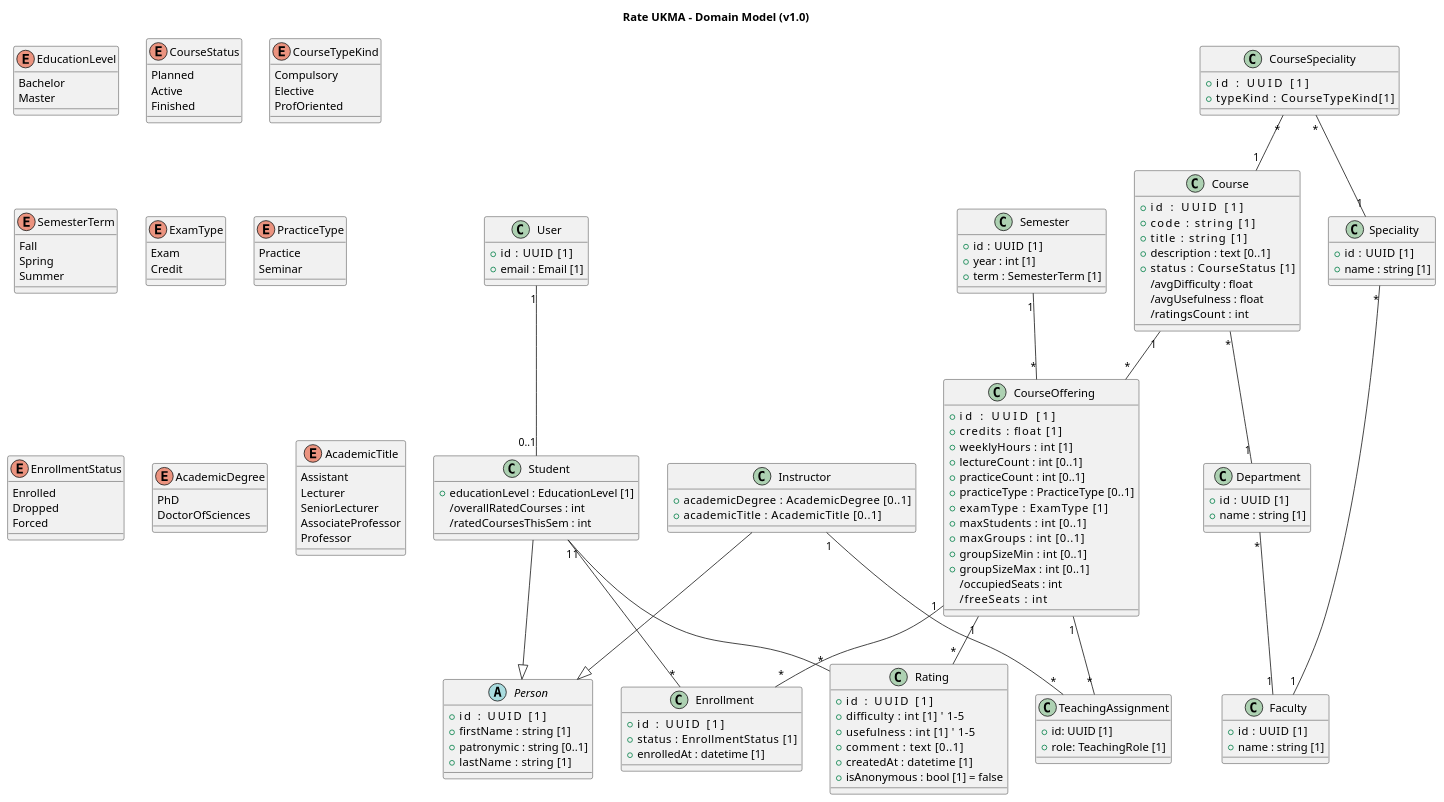
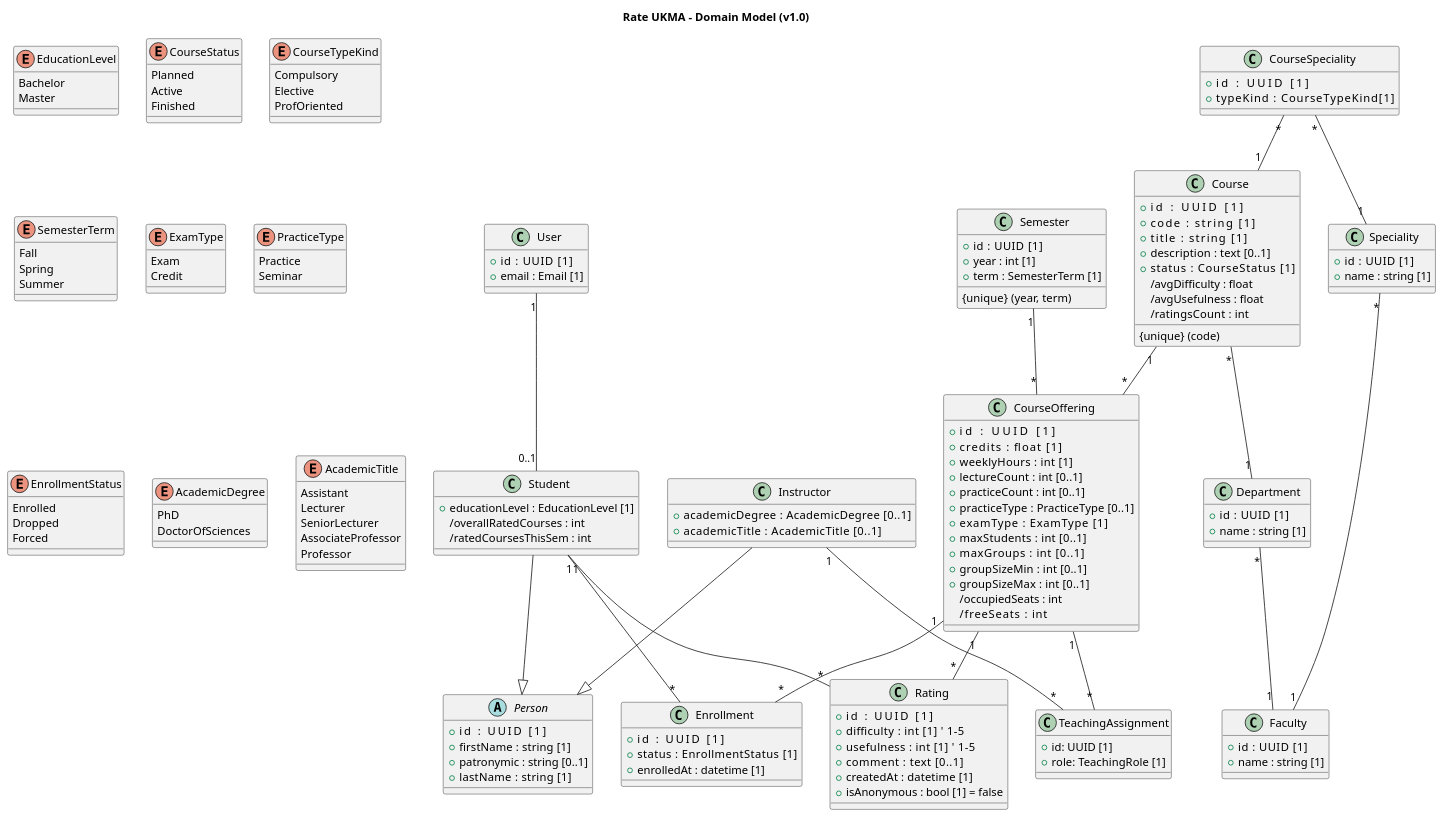
Before and after one commit to ukma-cs-ssdm-2025/rate-ukma: the diagram in docs/architecture/uml/domain-model.puml, drawn with PlantUML.

Commit message:
docs(#86): add constraints

```diff
--- a/docs/architecture/uml/domain-model.puml
+++ b/docs/architecture/uml/domain-model.puml
@@ -1,169 +1,171 @@
 @startuml core-domain-model
 title Rate UKMA – Domain Model (v1.0)
 
 class User {
   +id    : UUID [1]
   +email : Email [1]
 }
 
 abstract class Person {
   +id         : UUID [1]
   +firstName  : string [1]
   +patronymic : string [0..1]
   +lastName   : string [1]
 }
 
 class Student {
   +educationLevel : EducationLevel [1]
   /overallRatedCourses : int
   /ratedCoursesThisSem : int
 }
 User "1" -- "0..1" Student
 Student --|> Person
 
 class Instructor {
   +academicDegree     : AcademicDegree [0..1]
   +academicTitle      : AcademicTitle [0..1]
 }
 Instructor --|> Person
 
 class Faculty {
   +id   : UUID [1]
   +name : string [1]
 }
 
 class Department {
   +id   : UUID [1]
   +name : string [1]
 }
 Department "*" -- "1" Faculty
 
 class Speciality {
   +id   : UUID [1]
   +name : string [1]
 }
 Speciality "*" -- "1" Faculty
 
 class Course {
   +id           : UUID [1]
   +code         : string [1]
   +title        : string [1]
   +description  : text [0..1]
   +status       : CourseStatus [1]
   /avgDifficulty : float
   /avgUsefulness : float
   /ratingsCount  : int
+  {unique} (code)
 }
 Course "*" -- "1" Department
 
 class CourseSpeciality {
   +id           : UUID [1]
   +typeKind         : CourseTypeKind[1]
 }
 CourseSpeciality "*" -- "1" Course
 CourseSpeciality "*" -- "1" Speciality
 
 class Semester {
   +id   : UUID [1]
   +year : int [1]
   +term : SemesterTerm [1]
+  {unique} (year, term)
 }
 
 class CourseOffering {
   +id            : UUID [1]
   +credits       : float [1]
   +weeklyHours   : int [1]
   +lectureCount  : int [0..1]
   +practiceCount : int [0..1]
   +practiceType  : PracticeType [0..1]
   +examType      : ExamType [1]
   +maxStudents   : int [0..1]
   +maxGroups     : int [0..1]
   +groupSizeMin  : int [0..1]
   +groupSizeMax  : int [0..1]
   /occupiedSeats : int
   /freeSeats     : int
 }
 Course "1"   -- "*" CourseOffering
 Semester "1" -- "*" CourseOffering
 
 class TeachingAssignment {
   +id: UUID [1]
   +role: TeachingRole [1]
 }
 CourseOffering "1" -- "*" TeachingAssignment
 Instructor "1" -- "*" TeachingAssignment
 
 
 class Enrollment {
   +id         : UUID [1]
   +status     : EnrollmentStatus [1]
   +enrolledAt : datetime [1]
 }
 Student "1"        -- "*" Enrollment
 CourseOffering "1" -- "*" Enrollment
 
 class Rating {
   +id         : UUID [1]
   +difficulty : int [1]    ' 1–5
   +usefulness : int [1]    ' 1–5
   +comment    : text [0..1]
   +createdAt  : datetime [1]
   +isAnonymous : bool [1] = false
 }
 Student "1" -- "*" Rating
 CourseOffering  "1" -- "*" Rating
 
 enum EducationLevel {
   Bachelor
   Master
 }
 
 enum CourseStatus {
   Planned
   Active
   Finished
 }
 
 enum CourseTypeKind {
   Compulsory
   Elective
   ProfOriented
 }
 
 enum SemesterTerm {
   Fall
   Spring
   Summer
 }
 
 enum ExamType {
   Exam
   Credit
 }
 
 enum PracticeType {
   Practice
   Seminar
 }
 
 enum EnrollmentStatus {
   Enrolled
   Dropped
   Forced
 }
 
 enum AcademicDegree {
   PhD
   DoctorOfSciences
 }
 
 enum AcademicTitle {
   Assistant
   Lecturer
   SeniorLecturer
   AssociateProfessor   
   Professor            
 }
 
 @enduml
```
